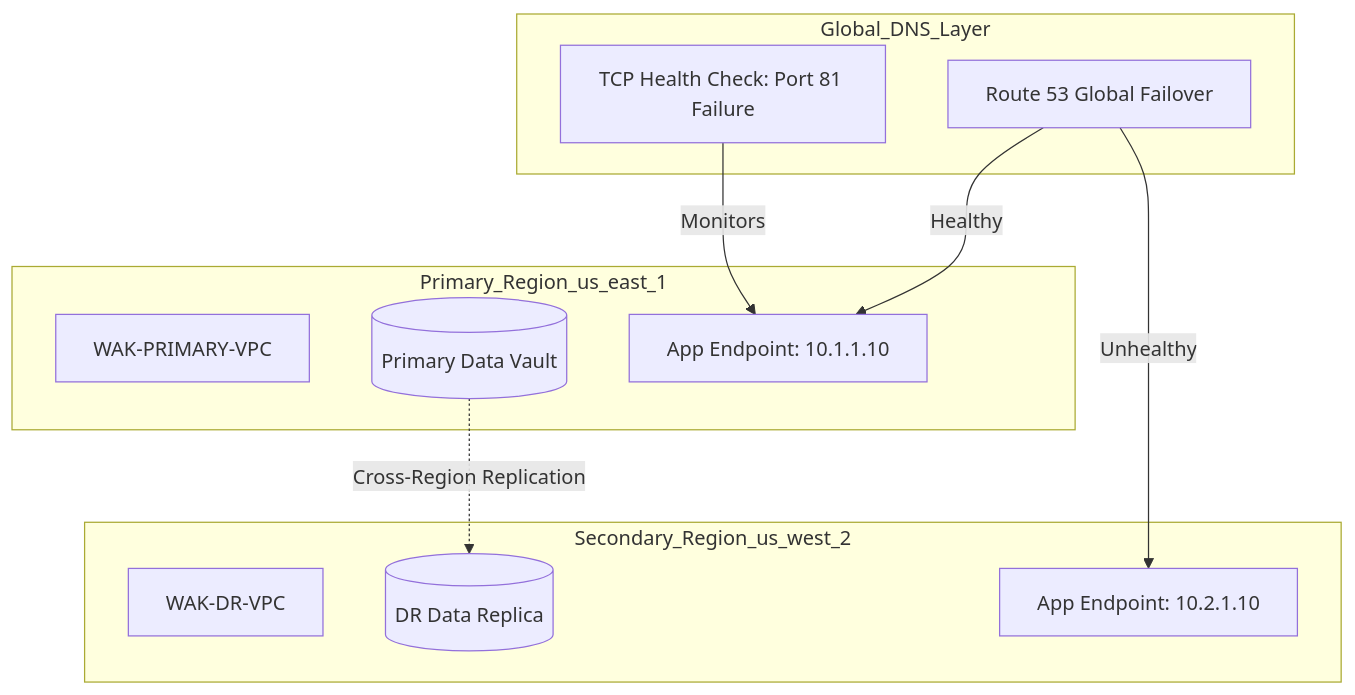
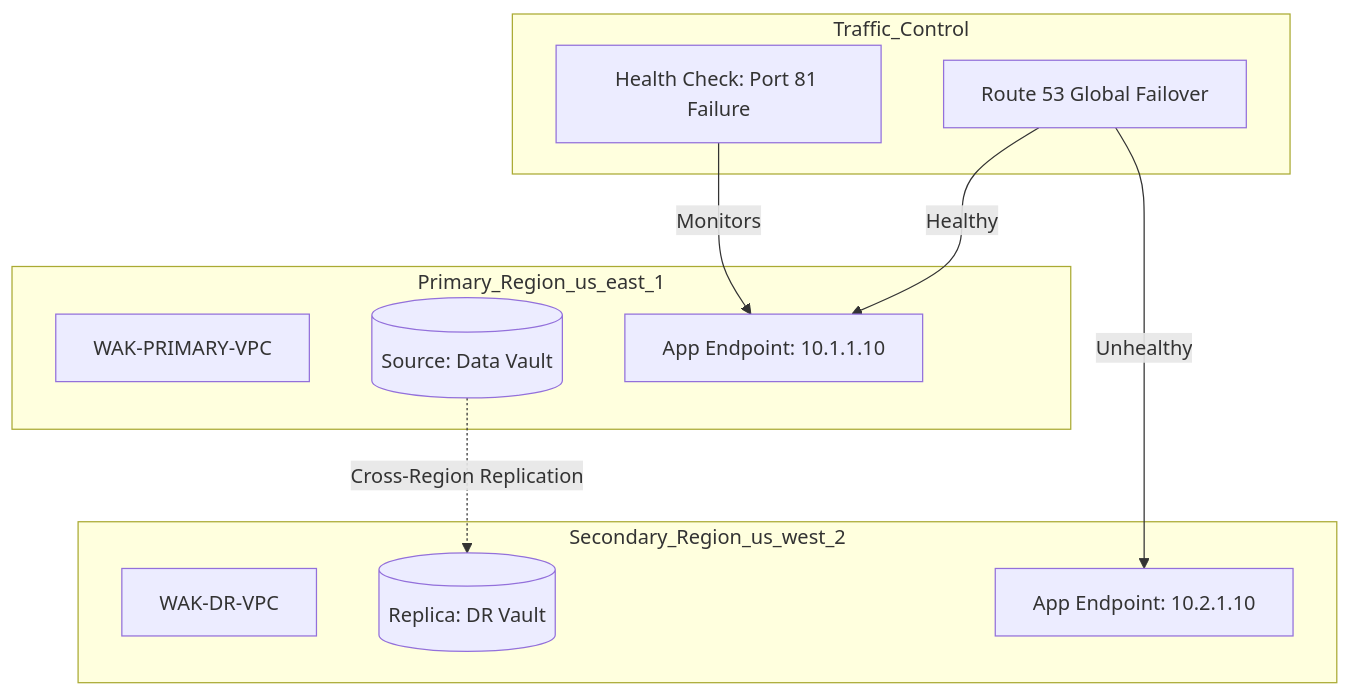
One commit to Alwende/Wakwetu-Global-Resilience-Protocol changed the diagram in README.md. Above: the diagram before and after it, drawn with Mermaid. The commit also changed other lines of this file and 1 other file, not shown here.

````diff
--- a/README.md
+++ b/README.md
@@ -15,24 +15,24 @@
 ```mermaid
 graph TD
-    subgraph Global_DNS_Layer
+    subgraph Traffic_Control
         R53[Route 53 Global Failover]
-        HC[TCP Health Check: Port 81 Failure]
+        HC[Health Check: Port 81 Failure]
     end
 
     subgraph Primary_Region_us_east_1
         VPC1[WAK-PRIMARY-VPC]
-        S3A[(Primary Data Vault)]
+        S3A[(Source: Data Vault)]
         DNS1[App Endpoint: 10.1.1.10]
     end
 
     subgraph Secondary_Region_us_west_2
         VPC2[WAK-DR-VPC]
-        S3B[(DR Data Replica)]
+        S3B[(Replica: DR Vault)]
         DNS2[App Endpoint: 10.2.1.10]
     end
 
     R53 -->|Healthy| DNS1
     R53 -->|Unhealthy| DNS2
     S3A -.->|Cross-Region Replication| S3B
     HC -->|Monitors| DNS1
 ```
````
